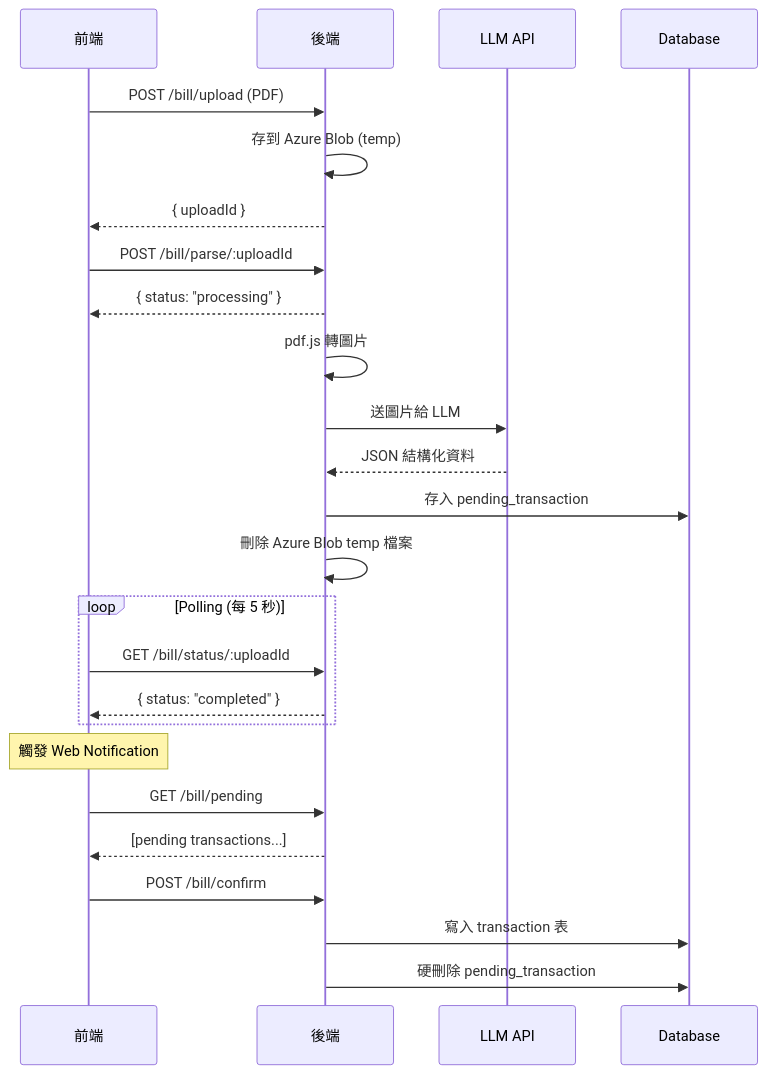
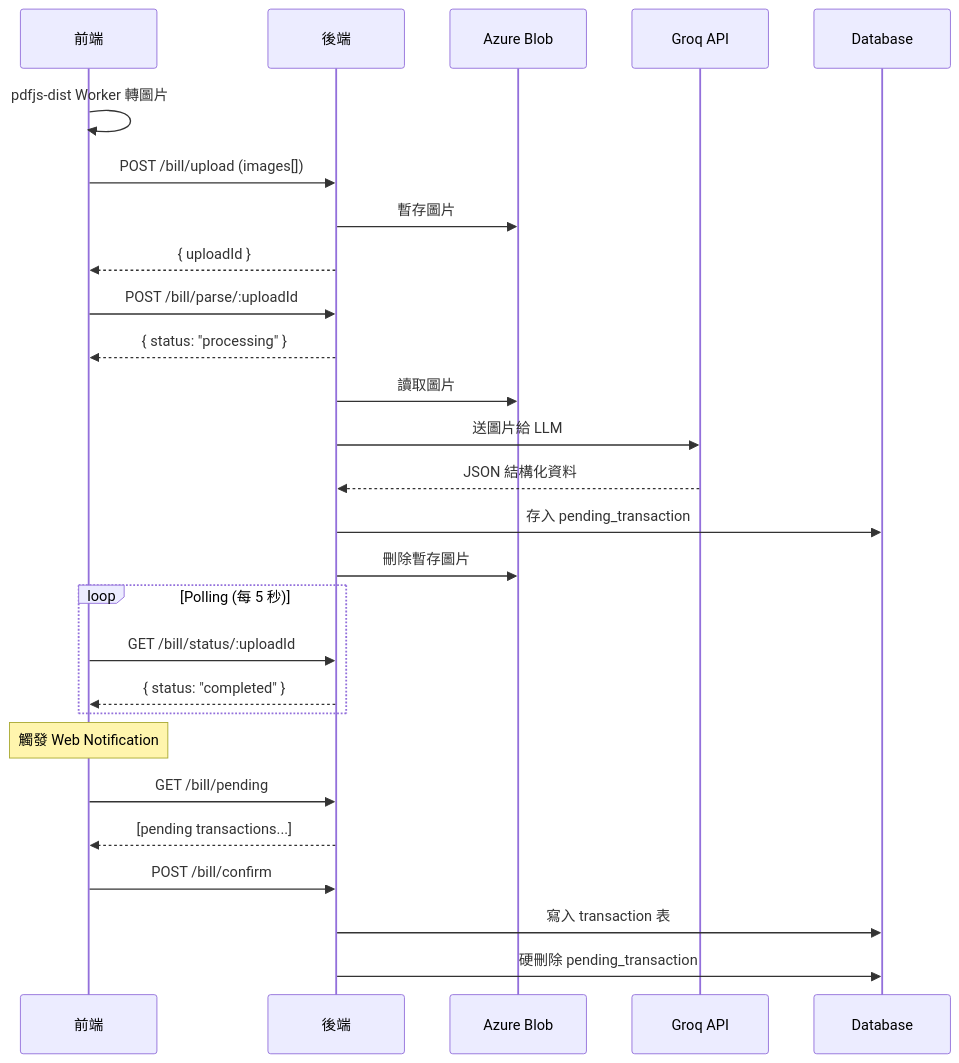
The third of 4 diagrams in docs/specs/pdf-bill-analysis-rfc.md (BardKidd/EasyAccounting), drawn with Mermaid before and after one commit. The commit also changed other lines of this file, not shown here.

Commit message:
docs: 更新 PDF 帳單分析 RFC 規範。

````diff
--- a/docs/specs/pdf-bill-analysis-rfc.md
+++ b/docs/specs/pdf-bill-analysis-rfc.md
@@ -200,34 +280,36 @@
 ```mermaid
 sequenceDiagram
     participant U as 前端
     participant B as 後端
-    participant AI as LLM API
+    participant Blob as Azure Blob
+    participant AI as Groq API
     participant DB as Database
 
-    U->>B: POST /bill/upload (PDF)
-    B->>B: 存到 Azure Blob (temp)
+    U->>U: pdfjs-dist Worker 轉圖片
+    U->>B: POST /bill/upload (images[])
+    B->>Blob: 暫存圖片
     B-->>U: { uploadId }
 
     U->>B: POST /bill/parse/:uploadId
     B-->>U: { status: "processing" }
 
-    B->>B: pdf.js 轉圖片
+    B->>Blob: 讀取圖片
     B->>AI: 送圖片給 LLM
     AI-->>B: JSON 結構化資料
     B->>DB: 存入 pending_transaction
-    B->>B: 刪除 Azure Blob temp 檔案
+    B->>Blob: 刪除暫存圖片
 
     loop Polling (每 5 秒)
         U->>B: GET /bill/status/:uploadId
         B-->>U: { status: "completed" }
     end
 
     Note over U: 觸發 Web Notification
 
     U->>B: GET /bill/pending
     B-->>U: [pending transactions...]
 
     U->>B: POST /bill/confirm
     B->>DB: 寫入 transaction 表
     B->>DB: 硬刪除 pending_transaction
 ```
````
